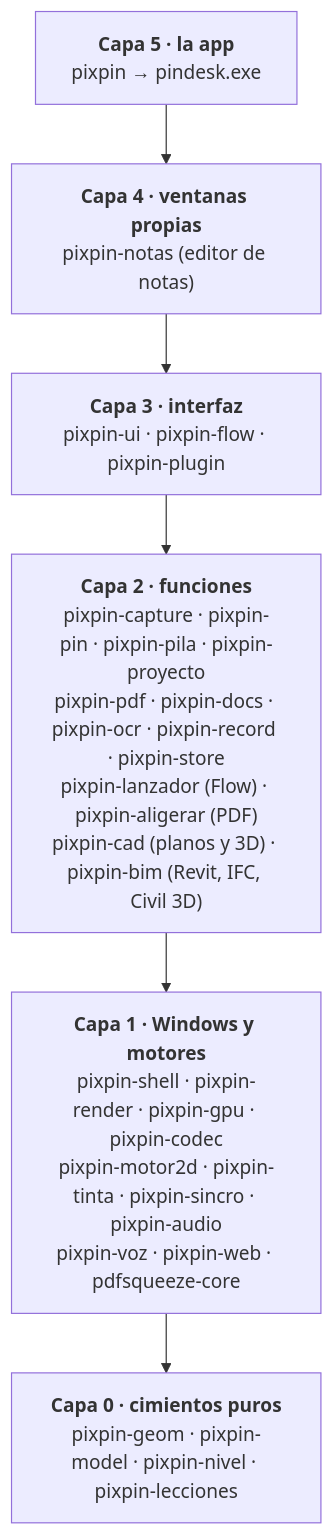
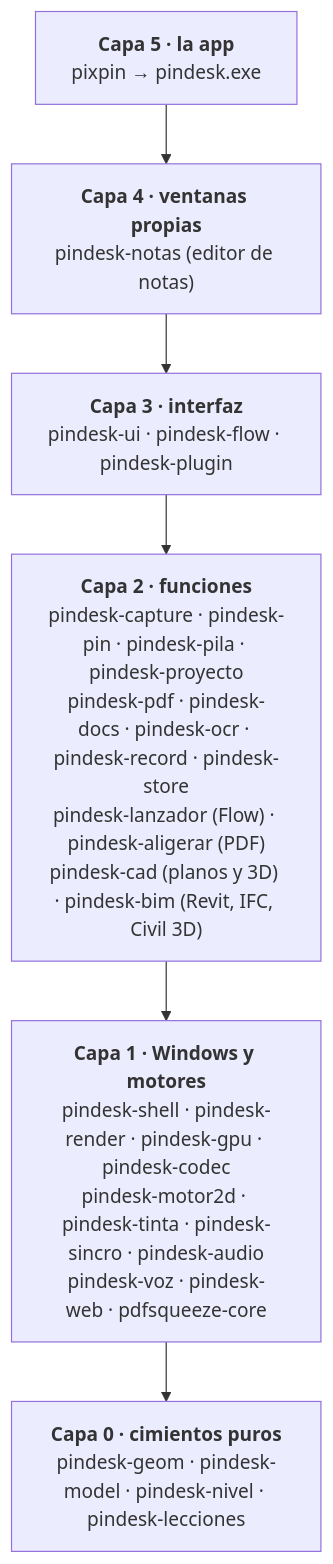
One commit to 1xmanMAX/PIXPIN_PRO_WINDOWS changed the fourth of 4 diagrams in README.md. Above: the diagram before and after it, drawn with Mermaid. The commit also changed other lines of this file and 4528 other files, not shown here.

First line of the commit message:
Por dentro tambien PinDesk: crates pindesk-*, apps/pindesk, identificadores y PINDESK_*

````diff
--- a/README.md
+++ b/README.md
@@ -697,10 +697,10 @@
 ```mermaid
 flowchart TB
     L5["<b>Capa 5 · la app</b><br/>pixpin → pindesk.exe"]
-    L4["<b>Capa 4 · ventanas propias</b><br/>pixpin-notas (editor de notas)"]
-    L3["<b>Capa 3 · interfaz</b><br/>pixpin-ui · pixpin-flow · pixpin-plugin"]
-    L2["<b>Capa 2 · funciones</b><br/>pixpin-capture · pixpin-pin · pixpin-pila · pixpin-proyecto<br/>pixpin-pdf · pixpin-docs · pixpin-ocr · pixpin-record · pixpin-store<br/>pixpin-lanzador (Flow) · pixpin-aligerar (PDF)<br/>pixpin-cad (planos y 3D) · pixpin-bim (Revit, IFC, Civil 3D)"]
-    L1["<b>Capa 1 · Windows y motores</b><br/>pixpin-shell · pixpin-render · pixpin-gpu · pixpin-codec<br/>pixpin-motor2d · pixpin-tinta · pixpin-sincro · pixpin-audio<br/>pixpin-voz · pixpin-web · pdfsqueeze-core"]
-    L0["<b>Capa 0 · cimientos puros</b><br/>pixpin-geom · pixpin-model · pixpin-nivel · pixpin-lecciones"]
+    L4["<b>Capa 4 · ventanas propias</b><br/>pindesk-notas (editor de notas)"]
+    L3["<b>Capa 3 · interfaz</b><br/>pindesk-ui · pindesk-flow · pindesk-plugin"]
+    L2["<b>Capa 2 · funciones</b><br/>pindesk-capture · pindesk-pin · pindesk-pila · pindesk-proyecto<br/>pindesk-pdf · pindesk-docs · pindesk-ocr · pindesk-record · pindesk-store<br/>pindesk-lanzador (Flow) · pindesk-aligerar (PDF)<br/>pindesk-cad (planos y 3D) · pindesk-bim (Revit, IFC, Civil 3D)"]
+    L1["<b>Capa 1 · Windows y motores</b><br/>pindesk-shell · pindesk-render · pindesk-gpu · pindesk-codec<br/>pindesk-motor2d · pindesk-tinta · pindesk-sincro · pindesk-audio<br/>pindesk-voz · pindesk-web · pdfsqueeze-core"]
+    L0["<b>Capa 0 · cimientos puros</b><br/>pindesk-geom · pindesk-model · pindesk-nivel · pindesk-lecciones"]
     L5 --> L4 --> L3 --> L2 --> L1 --> L0
 ```
````
